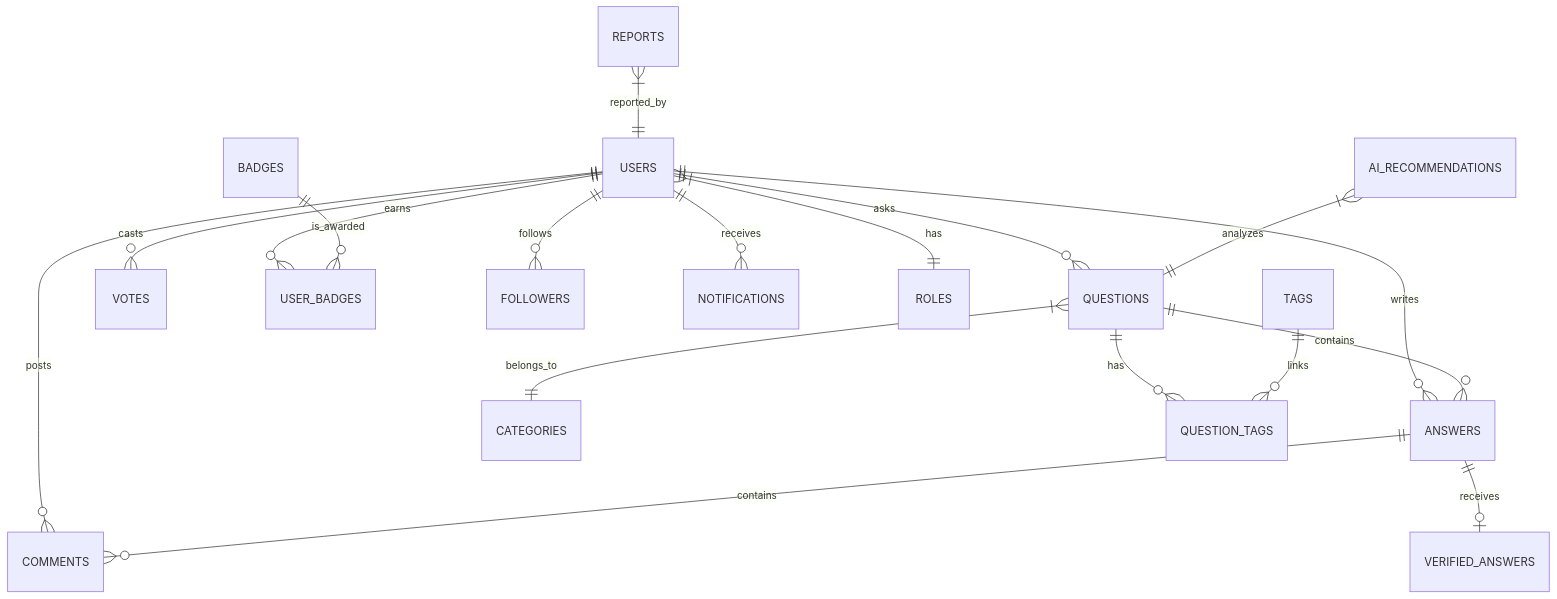
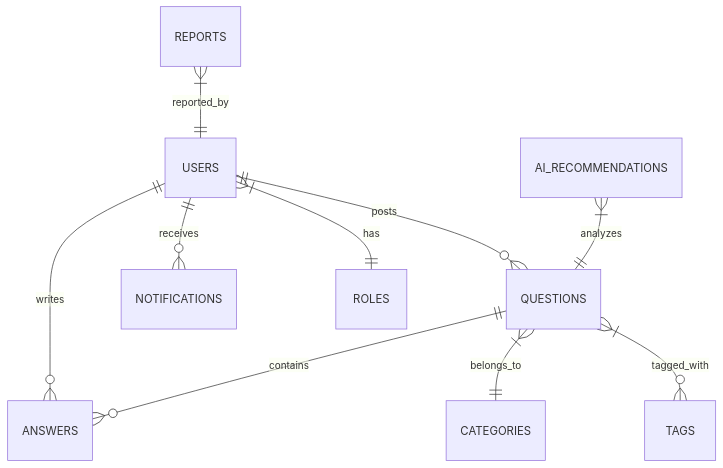
Before and after one commit to Krishna009-pro/CrowdFAQ: the diagram in database/README.md, drawn with Mermaid. The commit also changed other lines of this file and 6 other files, not shown here.

Commit message:
docs: create README documentation for project structure, backend architecture, and database schemas

````diff
--- a/database/README.md
+++ b/database/README.md
@@ -17,25 +18,15 @@
 ```mermaid
 erDiagram
-    USERS ||--o{ QUESTIONS : "asks"
+    USERS ||--o{ QUESTIONS : "posts"
     USERS ||--o{ ANSWERS : "writes"
-    USERS ||--o{ COMMENTS : "posts"
-    USERS ||--o{ VOTES : "casts"
-    USERS ||--o{ USER_BADGES : "earns"
-    USERS ||--o{ FOLLOWERS : "follows"
     USERS ||--o{ NOTIFICATIONS : "receives"
     USERS }|--|| ROLES : "has"
     
     QUESTIONS ||--o{ ANSWERS : "contains"
     QUESTIONS }|--|| CATEGORIES : "belongs_to"
-    QUESTIONS ||--o{ QUESTION_TAGS : "has"
-    TAGS ||--o{ QUESTION_TAGS : "links"
-    
-    ANSWERS ||--o{ COMMENTS : "contains"
-    ANSWERS ||--o| VERIFIED_ANSWERS : "receives"
-    
-    BADGES ||--o{ USER_BADGES : "is_awarded"
+    QUESTIONS }|--o{ TAGS : "tagged_with"
     
     REPORTS }|--|| USERS : "reported_by"
     
     AI_RECOMMENDATIONS }|--|| QUESTIONS : "analyzes"
 ```
````
